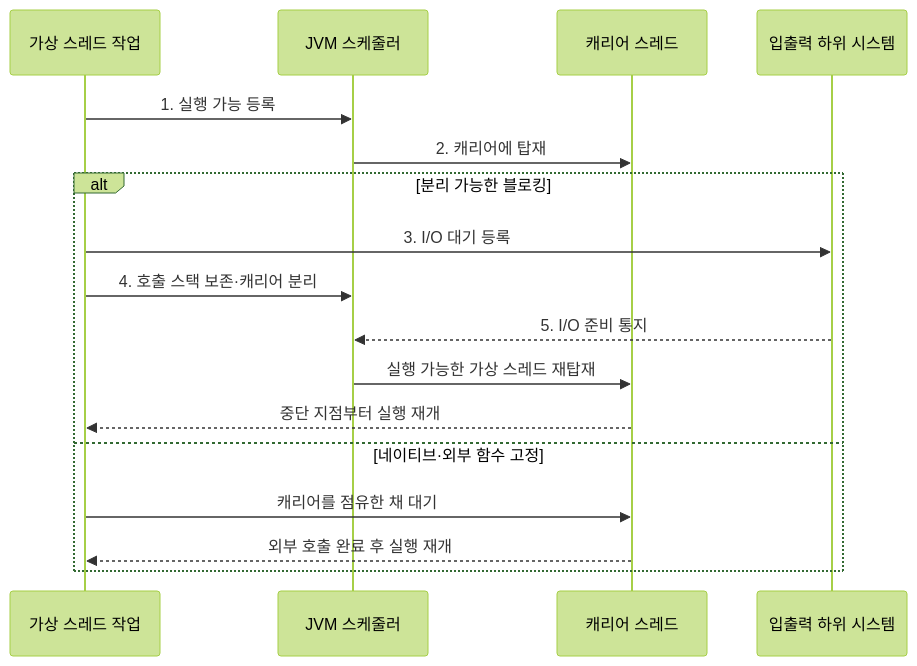
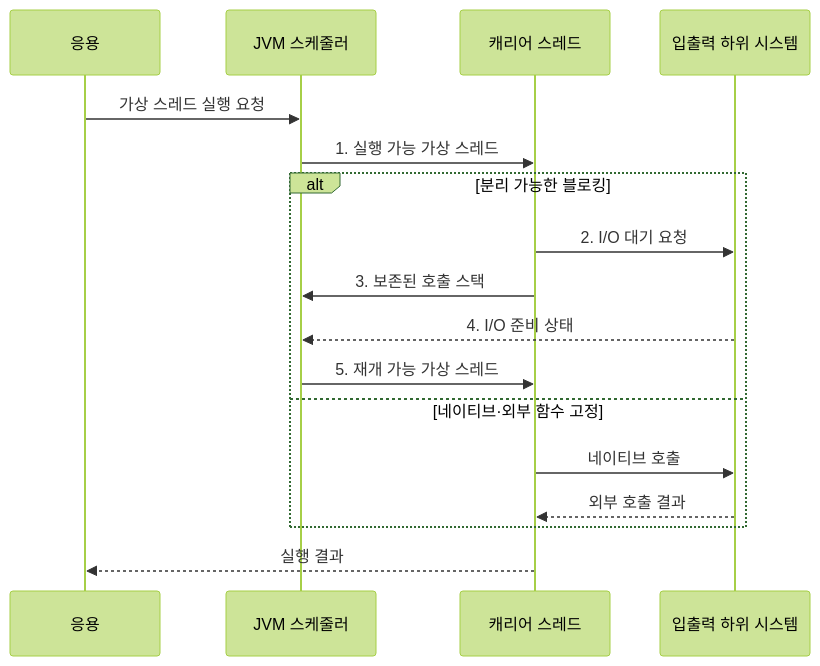
Before and after one commit to agnusdei1207/knowledge-base: the second of 2 diagrams in src/content/docs/notes/03-software/025_virtual_thread.md, drawn with Mermaid (forest theme). The commit also changed other lines of this file and 20 other files, not shown here.

````diff
--- a/src/content/docs/notes/03-software/025_virtual_thread.md
+++ b/src/content/docs/notes/03-software/025_virtual_thread.md
@@ -92,19 +96,19 @@
 ```mermaid
 sequenceDiagram
-    participant V as 가상 스레드 작업
+    participant A as 응용
     participant S as JVM 스케줄러
     participant C as 캐리어 스레드
     participant I as 입출력 하위 시스템
-    V->>S: 1. 실행 가능 등록
-    S->>C: 2. 캐리어에 탑재
+    A->>S: 가상 스레드 실행 요청
+    S->>C: 1. 실행 가능 가상 스레드
     alt 분리 가능한 블로킹
-        V->>I: 3. I/O 대기 등록
-        V->>S: 4. 호출 스택 보존·캐리어 분리
-        I-->>S: 5. I/O 준비 통지
-        S->>C: 실행 가능한 가상 스레드 재탑재
-        C-->>V: 중단 지점부터 실행 재개
+        C->>I: 2. I/O 대기 요청
+        C->>S: 3. 보존된 호출 스택
+        I-->>S: 4. I/O 준비 상태
+        S->>C: 5. 재개 가능 가상 스레드
     else 네이티브·외부 함수 고정
-        V->>C: 캐리어를 점유한 채 대기
-        C-->>V: 외부 호출 완료 후 실행 재개
+        C->>I: 네이티브 호출
+        I-->>C: 외부 호출 결과
     end
+    C-->>A: 실행 결과
 ```
````
